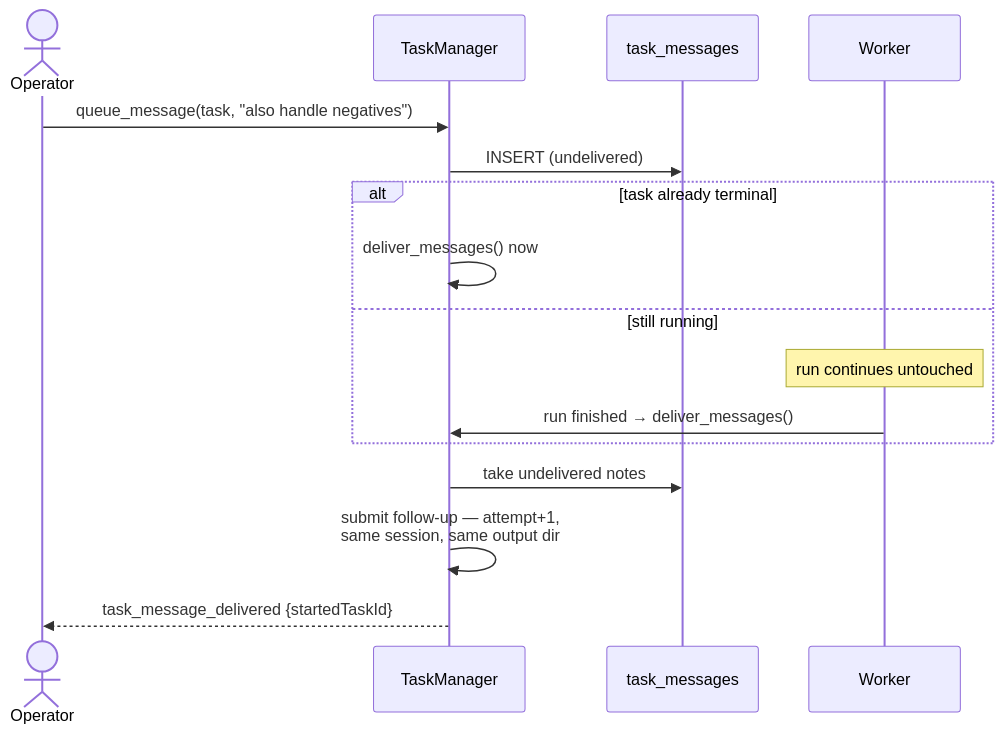
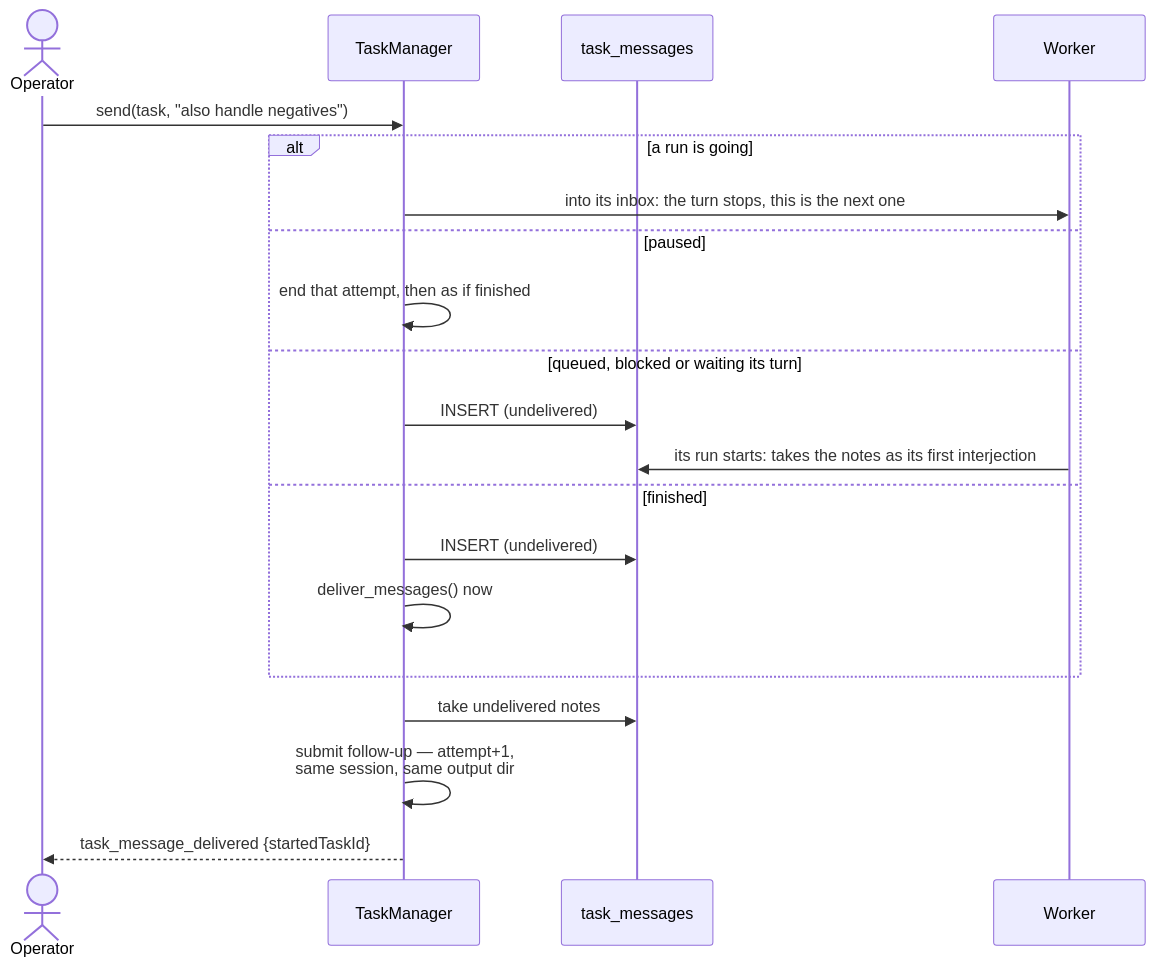
The ninth of 9 diagrams in design/02_task_lifecycle.md (radubools/dex), drawn with Mermaid before and after one commit. The commit also changed 31 other files, not shown here.

First line of the commit message:
Data files a page at a time, a gate while the server is unreachable, and a message to any task

````diff
--- a/design/02_task_lifecycle.md
+++ b/design/02_task_lifecycle.md
@@ -415,19 +415,23 @@
 ```mermaid
 sequenceDiagram
     actor O as Operator
     participant M as TaskManager
     participant DB as task_messages
     participant W as Worker
 
-    O->>M: queue_message(task, "also handle negatives")
-    M->>DB: INSERT (undelivered)
-    alt task already terminal
+    O->>M: send(task, "also handle negatives")
+    alt a run is going
+        M->>W: into its inbox: the turn stops, this is the next one
+    else paused
+        M->>M: end that attempt, then as if finished
+    else queued, blocked or waiting its turn
+        M->>DB: INSERT (undelivered)
+        W->>DB: its run starts: takes the notes as its first interjection
+    else finished
+        M->>DB: INSERT (undelivered)
         M->>M: deliver_messages() now
-    else still running
-        Note over W: run continues untouched
-        W->>M: run finished → deliver_messages()
     end
     M->>DB: take undelivered notes
     M->>M: submit follow-up — attempt+1,<br/>same session, same output dir
     M-->>O: task_message_delivered {startedTaskId}
 ```
````
